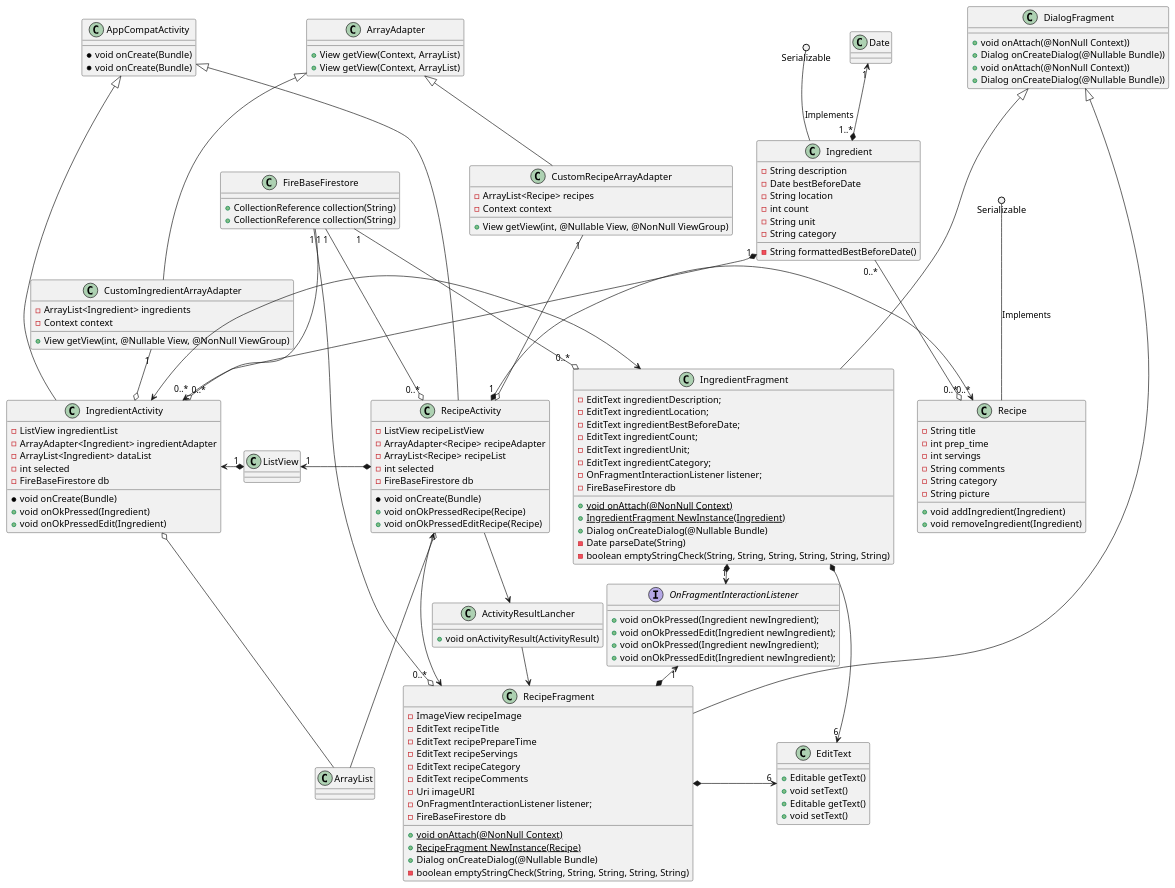
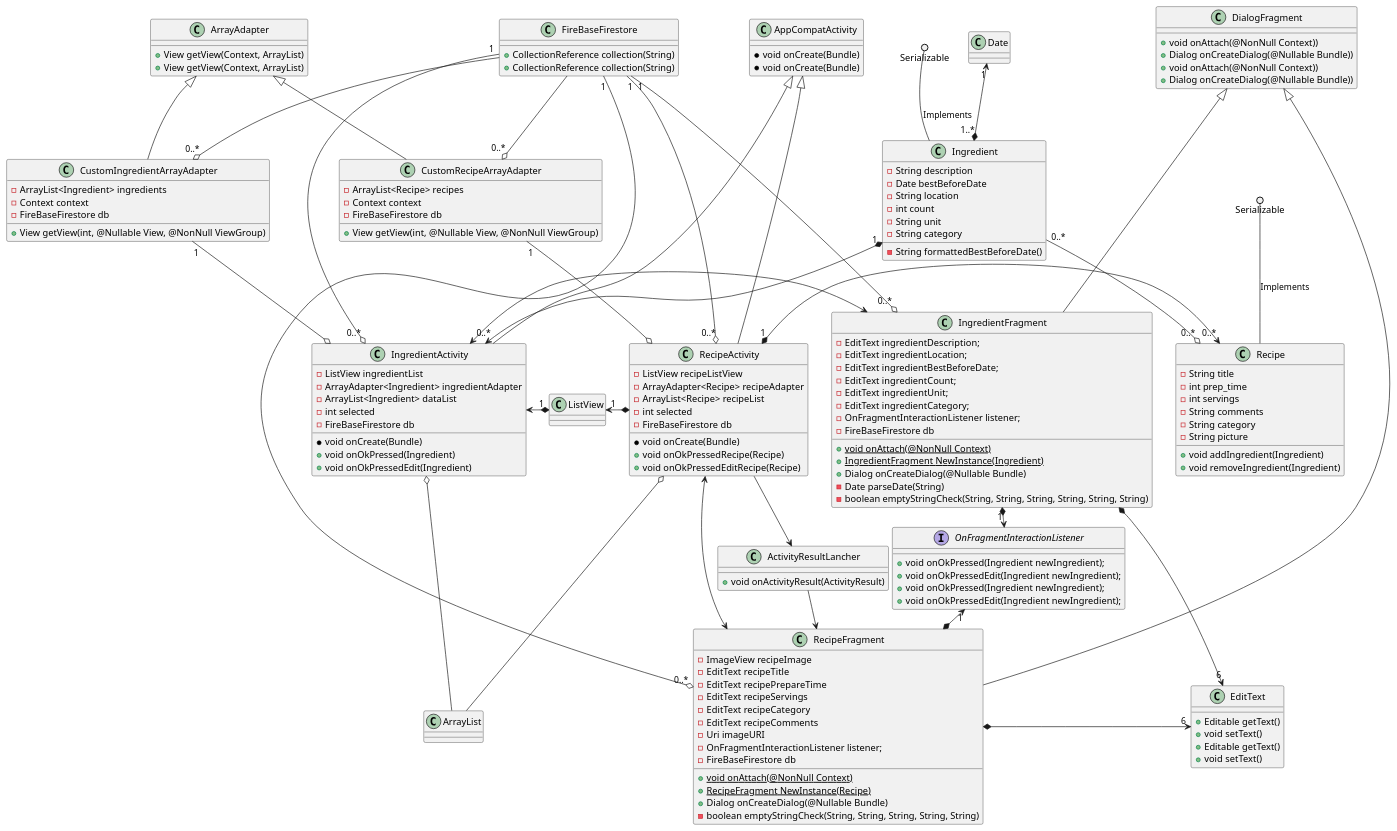
The diagram in doc/fullUML.puml (CMPUT301F22T31/FoodCart), drawn with PlantUML before and after one commit. The commit also changed 7 other files, not shown here.

Commit message:
Connect Recipe add, edit & delete to Database and updated UML diagrams to include the databases for the CustomAdaptors

```diff
--- a/doc/fullUML.puml
+++ b/doc/fullUML.puml
@@ -70,6 +70,7 @@
 class CustomIngredientArrayAdapter extends ArrayAdapter {
 - ArrayList<Ingredient> ingredients
 - Context context
+- FireBaseFirestore db
 
 + View getView(int, @Nullable View, @NonNull ViewGroup)
 }
@@ -151,6 +152,7 @@
 class CustomRecipeArrayAdapter extends ArrayAdapter {
 - ArrayList<Recipe> recipes
 - Context context
+- FireBaseFirestore db
 
 + View getView(int, @Nullable View, @NonNull ViewGroup)
 }
@@ -169,6 +171,7 @@
 RecipeFragment *-> "6" EditText
 OnFragmentInteractionListener "1" <-* RecipeFragment
 FireBaseFirestore "1" --o "0..*" RecipeFragment
+FireBaseFirestore --o "0..*" CustomRecipeArrayAdapter
 
 RecipeActivity <--> RecipeFragment
 
@@ -189,6 +192,7 @@
 IngredientFragment *--> "6" EditText
 IngredientFragment "1" *->  OnFragmentInteractionListener
 FireBaseFirestore "1" --o "0..*" IngredientFragment
+FireBaseFirestore --o "0..*" CustomIngredientArrayAdapter
 
 IngredientActivity <-> IngredientFragment
 RecipeActivity -> ActivityResultLancher
```
